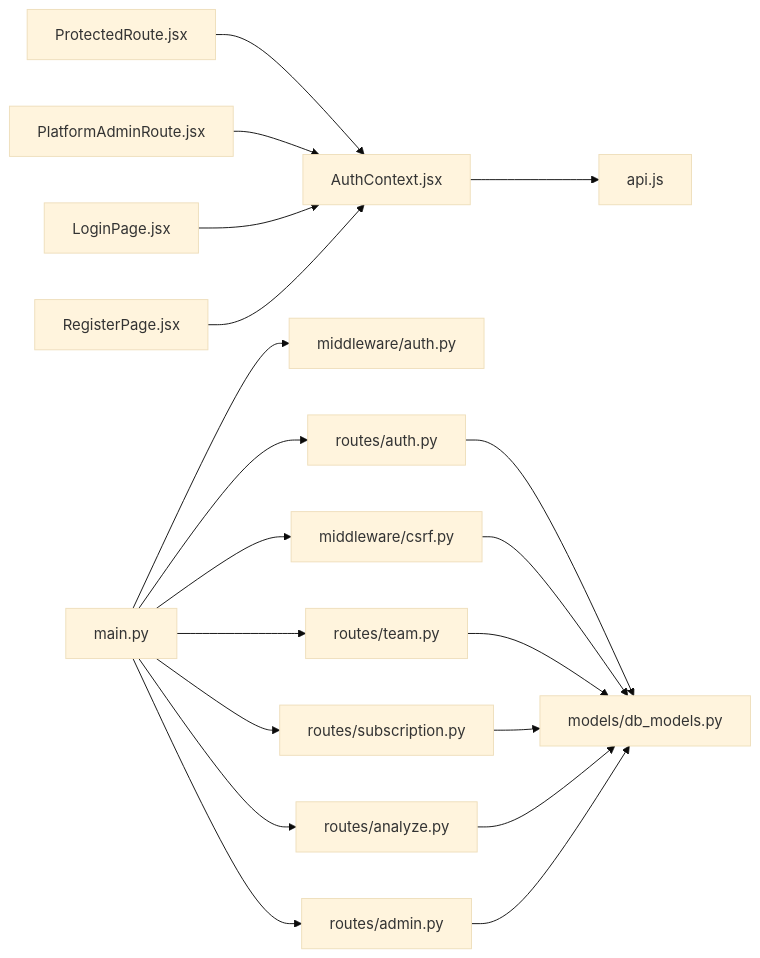
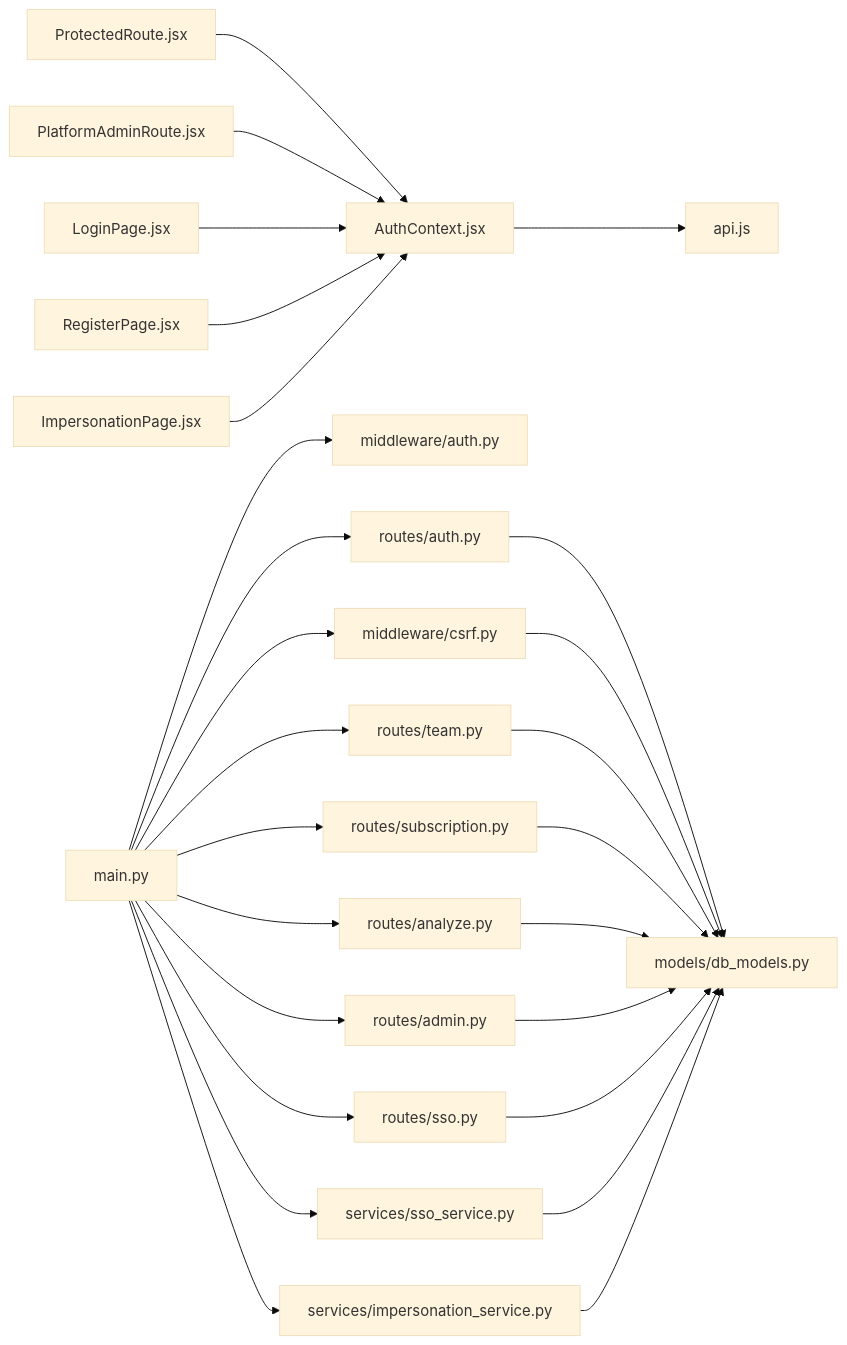
Diagram 16 of 16 in .qoder/repowiki/en/content/Authentication & Authorization/Authentication & Authorization.md (Revanththetalogics/aireume), drawn with Mermaid (base theme) before and after one commit. The commit also changed other lines of this file and 14 other files, not shown here.

````diff
--- a/.qoder/repowiki/en/content/Authentication & Authorization/Authentication & Authorization.md
+++ b/.qoder/repowiki/en/content/Authentication & Authorization/Authentication & Authorization.md
@@ -565,21 +765,28 @@
 ```mermaid
 graph LR
 FE_Auth["AuthContext.jsx"] --> FE_API["api.js"]
 FE_Protected["ProtectedRoute.jsx"] --> FE_Auth
 FE_PlatformAdmin["PlatformAdminRoute.jsx"] --> FE_Auth
 FE_Login["LoginPage.jsx"] --> FE_Auth
 FE_Register["RegisterPage.jsx"] --> FE_Auth
+FE_Impersonation["ImpersonationPage.jsx"] --> FE_Auth
 BE_Main["main.py"] --> BE_MW["middleware/auth.py"]
 BE_Main --> BE_AuthRoutes["routes/auth.py"]
 BE_Main --> BE_CSRF["middleware/csrf.py"]
 BE_Main --> BE_Team["routes/team.py"]
 BE_Main --> BE_Sub["routes/subscription.py"]
 BE_Main --> BE_Analyze["routes/analyze.py"]
 BE_Main --> BE_Admin["routes/admin.py"]
+BE_Main --> BE_SSORoutes["routes/sso.py"]
+BE_Main --> BE_SSOService["services/sso_service.py"]
+BE_Main --> BE_ImpersonationService["services/impersonation_service.py"]
 BE_AuthRoutes --> BE_DB["models/db_models.py"]
 BE_CSRF --> BE_DB
 BE_Team --> BE_DB
 BE_Sub --> BE_DB
 BE_Analyze --> BE_DB
 BE_Admin --> BE_DB
+BE_SSORoutes --> BE_DB
+BE_SSOService --> BE_DB
+BE_ImpersonationService --> BE_DB
 ```
````
